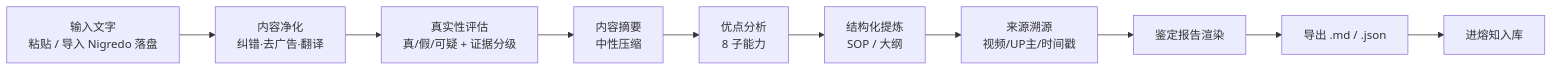
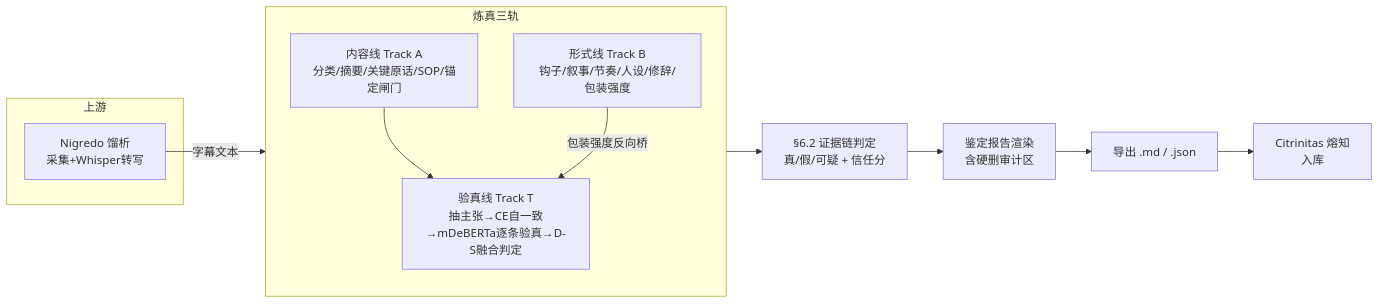
Before and after one commit to shiyao222333-afk/albedo: the first of 2 diagrams in README.md, drawn with Mermaid. The commit also changed other lines of this file and 4 other files, not shown here.

````diff
--- a/README.md
+++ b/README.md
@@ -65,12 +73,21 @@
 ```mermaid
 flowchart LR
-    A[输入文字<br/>粘贴 / 导入 Nigredo 落盘] --> B[内容净化<br/>纠错·去广告·翻译]
-    B --> C[真实性评估<br/>真/假/可疑 + 证据分级]
-    C --> D[内容摘要<br/>中性压缩]
-    D --> E[优点分析<br/>8 子能力]
-    E --> F[结构化提炼<br/>SOP / 大纲]
-    F --> G[来源溯源<br/>视频/UP主/时间戳]
-    G --> H[鉴定报告渲染]
-    H --> I[导出 .md / .json]
-    I --> J[进熔知入库]
+    subgraph 上游
+    N[Nigredo 馏析<br/>采集+Whisper转写]
+    end
+    N -->|字幕文本| AL[Albedo 炼真]
+
+    subgraph AL[炼真三轨]
+    direction TB
+    A[内容线 Track A<br/>分类/摘要/关键原话/SOP/锚定闸门]
+    T[验真线 Track T<br/>抽主张→CE自一致→mDeBERTa逐条验真→D-S融合判定]
+    F[形式线 Track B<br/>钩子/叙事/节奏/人设/修辞/包装强度]
+    end
+
+    A --> T
+    F -->|包装强度反向桥| T
+    T --> J[§6.2 证据链判定<br/>真/假/可疑 + 信任分]
+    J --> R[鉴定报告渲染<br/>含硬删审计区]
+    R --> O[导出 .md / .json]
+    O --> C[Citrinitas 熔知<br/>入库]
 ```
````
